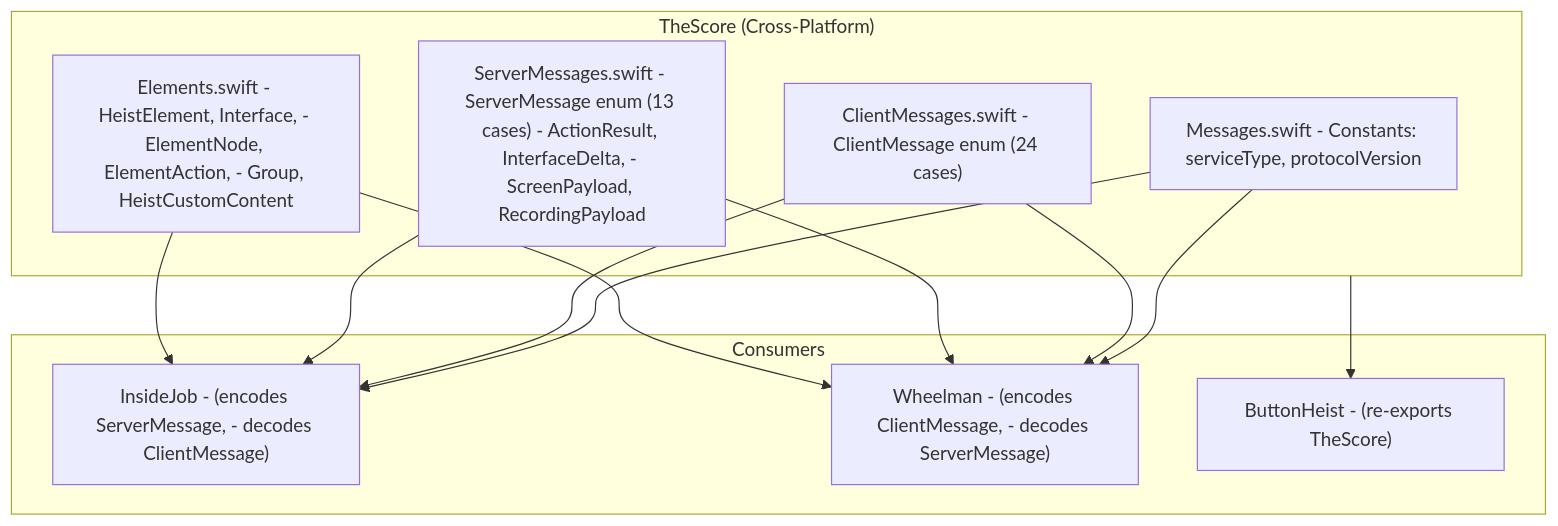
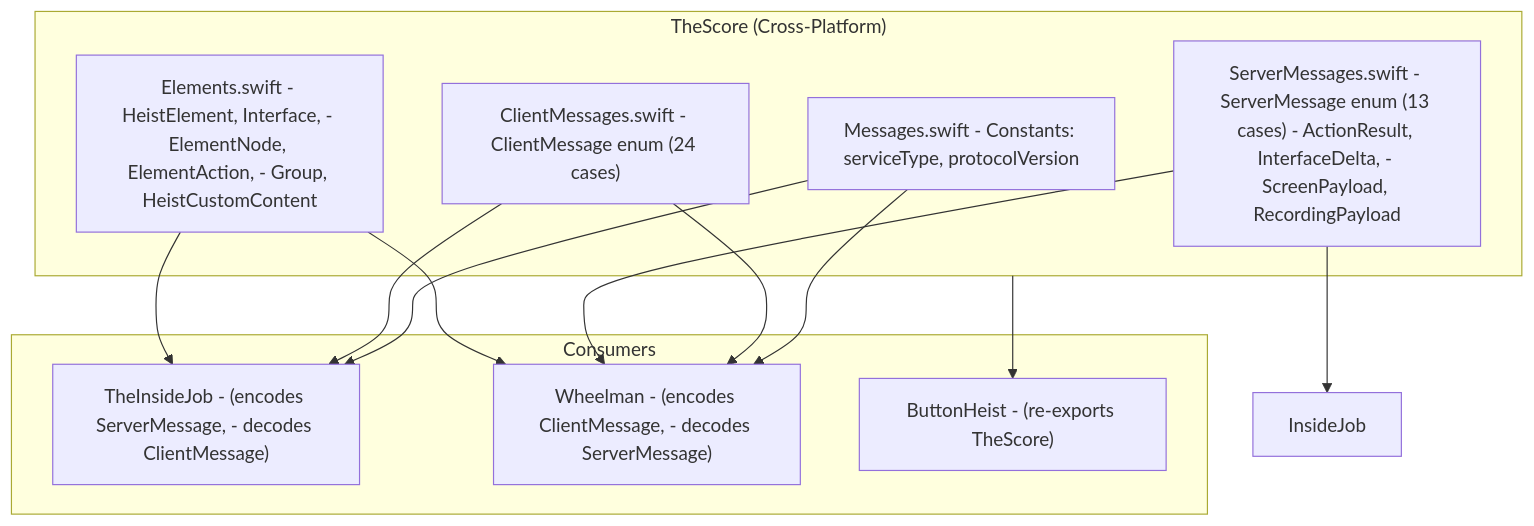
The first of 3 diagrams in docs/dossiers/07-THESCORE.md (RoyalPineapple/TheButtonHeist), drawn with Mermaid before and after one commit. The commit also changed 66 other files, not shown here.

Commit message:
Rename InsideJob to TheInsideJob (framework and class only)

````diff
--- a/docs/dossiers/07-THESCORE.md
+++ b/docs/dossiers/07-THESCORE.md
@@ -22,25 +22,25 @@
 ```mermaid
 graph TD
     subgraph TheScore["TheScore (Cross-Platform)"]
         Messages["Messages.swift - Constants: serviceType, protocolVersion"]
         Client["ClientMessages.swift - ClientMessage enum (24 cases)"]
         Server["ServerMessages.swift - ServerMessage enum (13 cases) - ActionResult, InterfaceDelta, - ScreenPayload, RecordingPayload"]
         Elements["Elements.swift - HeistElement, Interface, - ElementNode, ElementAction, - Group, HeistCustomContent"]
     end
 
     subgraph Consumers["Consumers"]
-        InsideJob["InsideJob - (encodes ServerMessage, - decodes ClientMessage)"]
+        TheInsideJob["TheInsideJob - (encodes ServerMessage, - decodes ClientMessage)"]
         Wheelman["Wheelman - (encodes ClientMessage, - decodes ServerMessage)"]
         ButtonHeist["ButtonHeist - (re-exports TheScore)"]
     end
 
-    Messages --> InsideJob
+    Messages --> TheInsideJob
     Messages --> Wheelman
-    Client --> InsideJob
+    Client --> TheInsideJob
     Client --> Wheelman
     Server --> InsideJob
     Server --> Wheelman
-    Elements --> InsideJob
+    Elements --> TheInsideJob
     Elements --> Wheelman
     TheScore --> ButtonHeist
 ```
````
